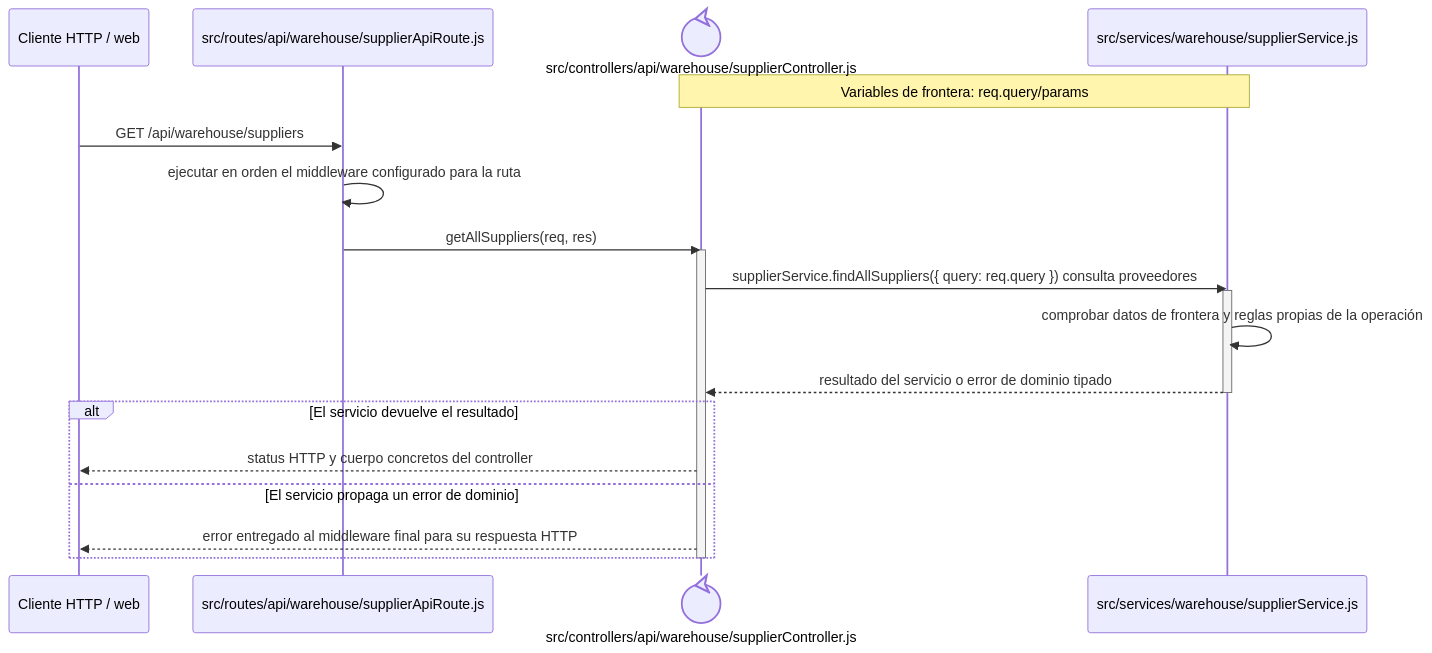
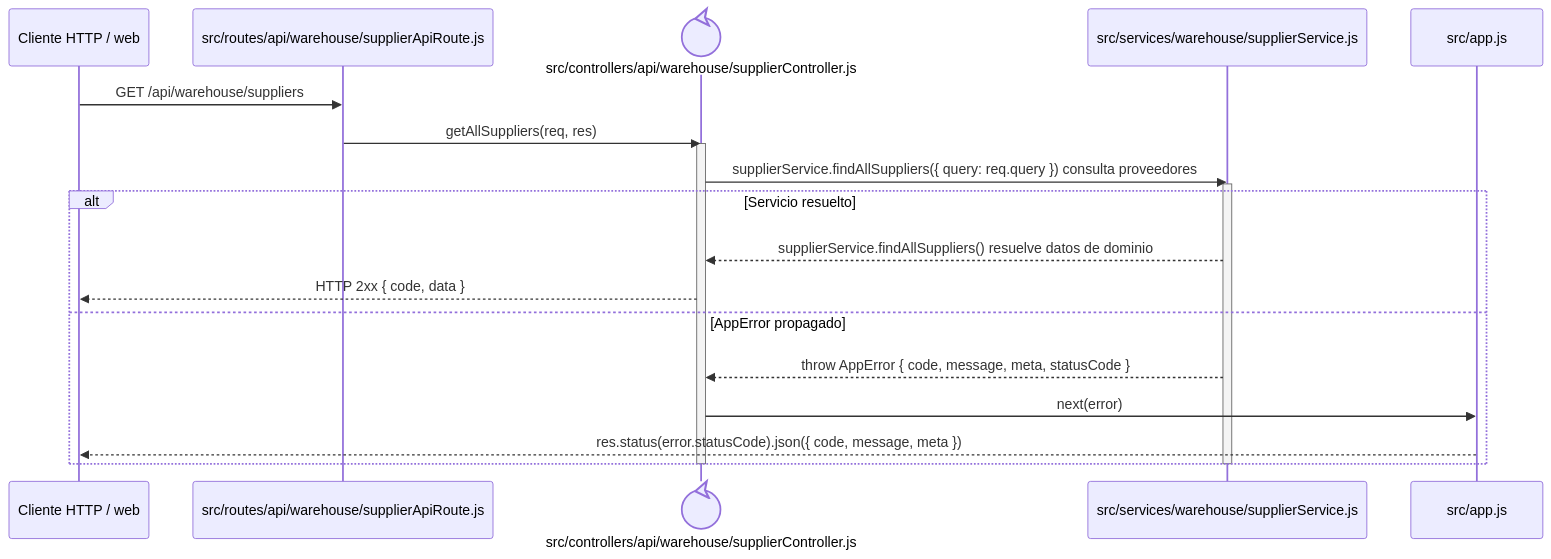
Before and after one commit to gpgsistemas01/nexus: the diagram in docs/architecture/backend-code-sequences/catalogs/cu-cat-01.md, drawn with Mermaid. The commit also changed 148 other files, not shown here.

````diff
--- a/docs/architecture/backend-code-sequences/catalogs/cu-cat-01.md
+++ b/docs/architecture/backend-code-sequences/catalogs/cu-cat-01.md
@@ -6,24 +6,24 @@
 ```mermaid
 sequenceDiagram
     participant Client as Cliente HTTP / web
     participant Route as src/routes/api/warehouse/supplierApiRoute.js
     participant Controller@{ "type": "control" } as src/controllers/api/warehouse/supplierController.js
     participant Domain as src/services/warehouse/supplierService.js
-    Note over Controller,Domain: Variables de frontera: req.query/params
+    participant ErrorHandler as src/app.js
 
     Client->>Route: GET /api/warehouse/suppliers
-    Route->>Route: ejecutar en orden el middleware configurado para la ruta
     Route->>Controller: getAllSuppliers(req, res)
     activate Controller
     Controller->>Domain: supplierService.findAllSuppliers({ query: req.query }) consulta proveedores
     activate Domain
-    Domain->>Domain: comprobar datos de frontera y reglas propias de la operación
-    Domain-->>Controller: resultado del servicio o error de dominio tipado
+    alt Servicio resuelto
+        Domain-->>Controller: supplierService.findAllSuppliers() resuelve datos de dominio
+        Controller-->>Client: HTTP 2xx { code, data }
+    else AppError propagado
+        Domain-->>Controller: throw AppError { code, message, meta, statusCode }
+        Controller->>ErrorHandler: next(error)
+        ErrorHandler-->>Client: res.status(error.statusCode).json({ code, message, meta })
+    end
     deactivate Domain
-    alt El servicio devuelve el resultado
-        Controller-->>Client: status HTTP y cuerpo concretos del controller
-    else El servicio propaga un error de dominio
-        Controller-->>Client: error entregado al middleware final para su respuesta HTTP
-    end
     deactivate Controller
 ```
````
